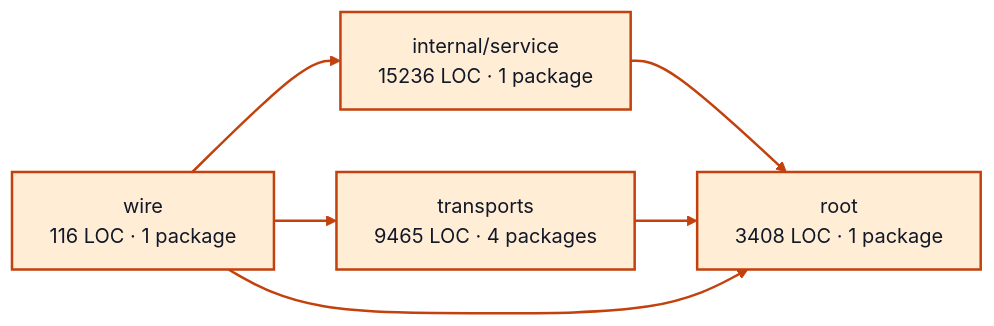
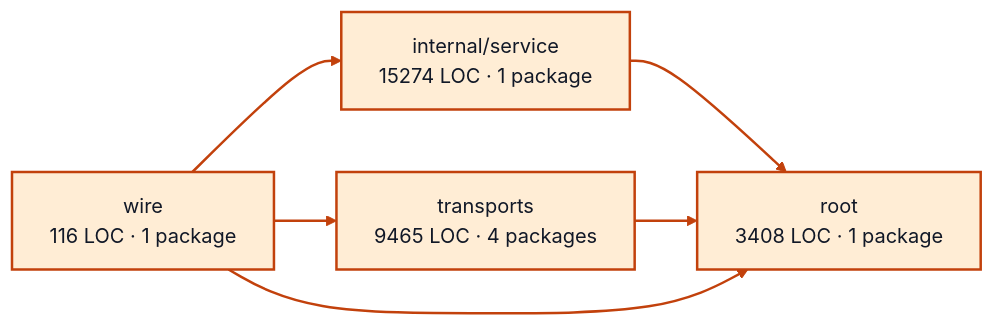
Before and after one commit to portpowered/you-agent-factory: the diagram in docs/architecture/visualizations/services/worker_sessions.md, drawn with Mermaid. The commit also changed other lines of this file and 21 other files, not shown here.

Commit message:
docs: refresh backend architecture visualizations (#3282)

````diff
--- a/docs/architecture/visualizations/services/worker_sessions.md
+++ b/docs/architecture/visualizations/services/worker_sessions.md
@@ -11,17 +11,17 @@
 ```mermaid
 flowchart LR
-  p0["internal/service<br/>15236 LOC · 1 package"]
+  p0["internal/service<br/>15274 LOC · 1 package"]
   p1["root<br/>3408 LOC · 1 package"]
   p2["transports<br/>9465 LOC · 4 packages"]
   p3["wire<br/>116 LOC · 1 package"]
   p0 --> p1
   p2 --> p1
   p3 --> p0
   p3 --> p1
   p3 --> p2
   style p0 fill:#ffedd5,stroke:#c2410c,stroke-width:2px,color:#111827
   style p1 fill:#ffedd5,stroke:#c2410c,stroke-width:2px,color:#111827
   style p2 fill:#ffedd5,stroke:#c2410c,stroke-width:2px,color:#111827
   style p3 fill:#ffedd5,stroke:#c2410c,stroke-width:2px,color:#111827
   linkStyle default stroke:#c2410c,stroke-width:2px
 ```
````
